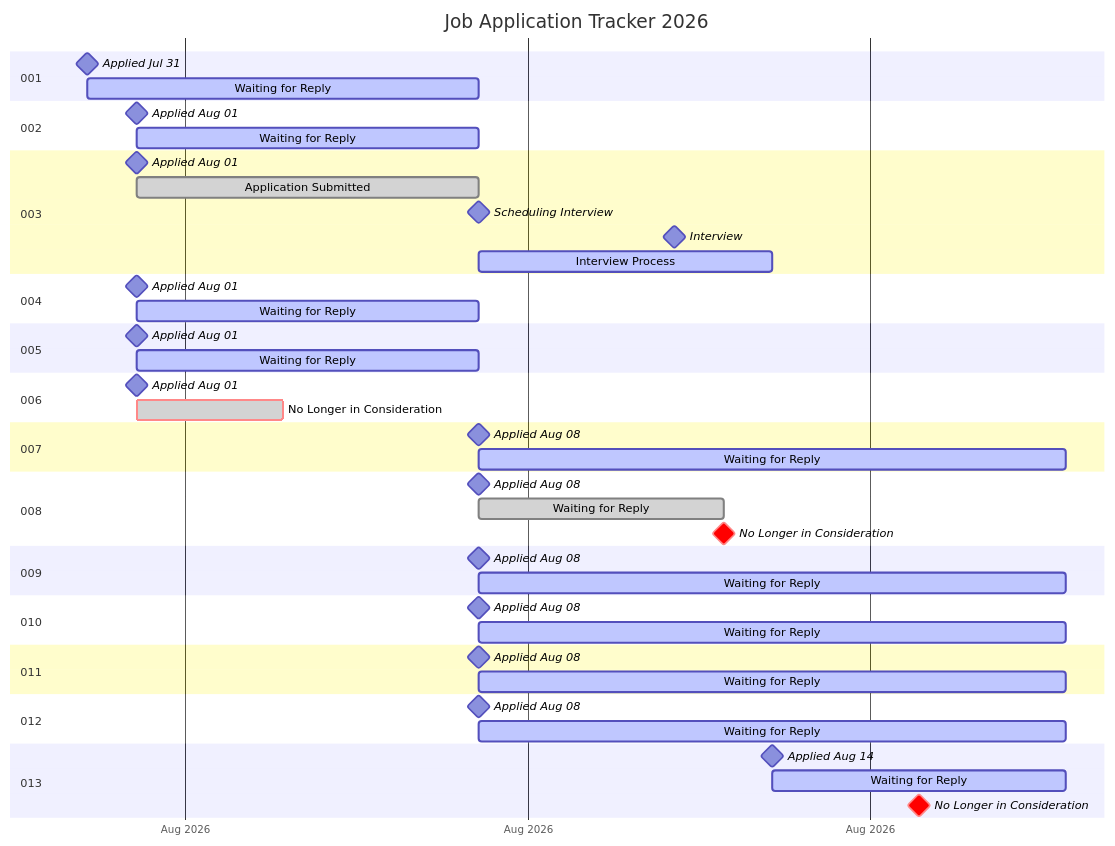
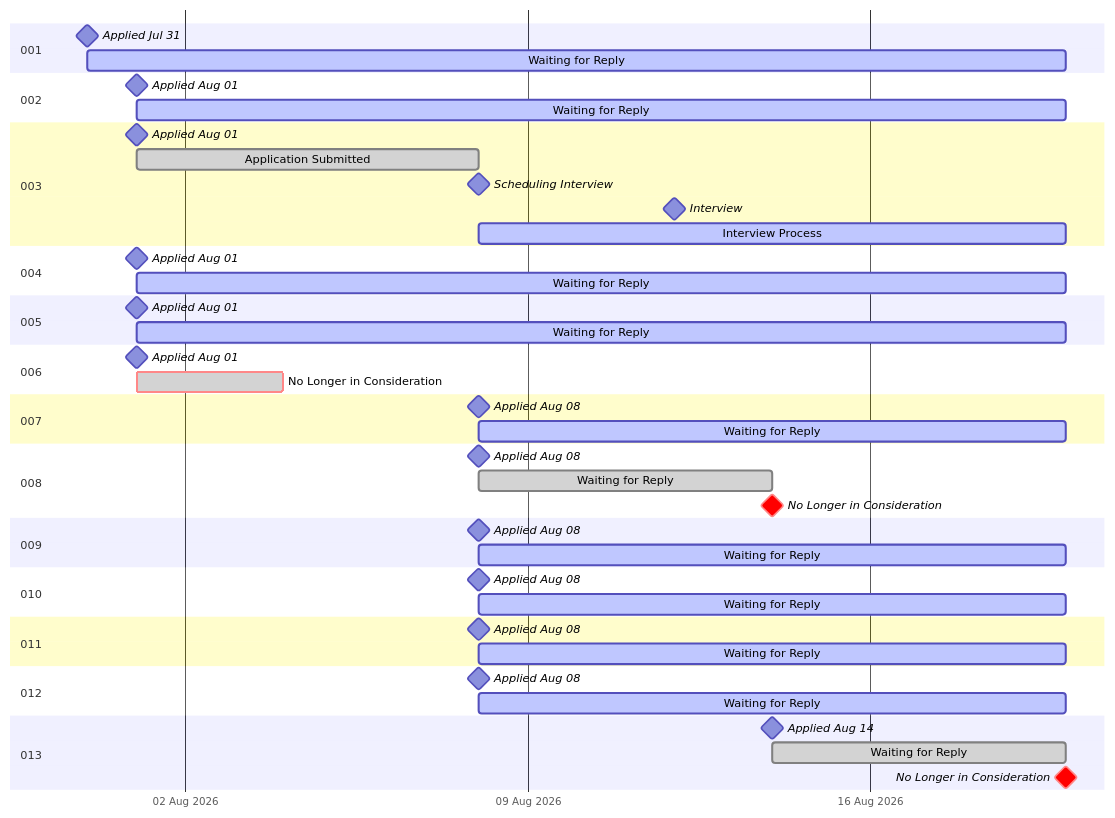
One commit to RileyBeenders/rileybeenders.com changed the diagram in README.md. Above: the diagram before and after it, drawn with Mermaid. The commit also changed other lines of this file and 18 other files, not shown here.

````diff
--- a/README.md
+++ b/README.md
@@ -13,64 +13,63 @@
 ```mermaid
   gantt
-    title Job Application Tracker 2026
     dateFormat YYYY-MM-DD
     tickInterval 1week
-    axisFormat %b %Y
+    axisFormat %d %b %Y
 
     section 001
     Applied Jul 31                  :milestone, 2026-07-31, 0d
-    Waiting for Reply               :active, 2026-07-31, 8d
+    Waiting for Reply               :active, 2026-07-31, 20d
 
     section 002
     Applied Aug 01                  :milestone, 2026-08-01, 0d
-    Waiting for Reply               :active, 2026-08-01, 7d
+    Waiting for Reply               :active, 2026-08-01, 19d
 
     section 003
     Applied Aug 01                  :milestone, 2026-08-01, 0d
     Application Submitted           :done, 2026-08-01, 7d
     Scheduling Interview            :milestone, 2026-08-08, 0d
     Interview                       :milestone, 2026-08-12, 0d
-    Interview Process               :active, 2026-08-08, 6d
+    Interview Process               :active, 2026-08-08, 12d
 
     section 004
     Applied Aug 01                  :milestone, 2026-08-01, 0d
-    Waiting for Reply               :active, 2026-08-01, 7d
+    Waiting for Reply               :active, 2026-08-01, 19d
 
     section 005
     Applied Aug 01                  :milestone, 2026-08-01, 0d
-    Waiting for Reply               :active, 2026-08-01, 7d
+    Waiting for Reply               :active, 2026-08-01, 19d
 
     section 006
     Applied Aug 01                  :milestone, 2026-08-01, 0d
     No Longer in Consideration      :crit, done, 2026-08-01, 3d
 
     section 007
     Applied Aug 08                  :milestone, 2026-08-08, 0d
     Waiting for Reply               :active, 2026-08-08, 12d
 
     section 008
     Applied Aug 08                  :milestone, 2026-08-08, 0d
-    Waiting for Reply               :done, 2026-08-08, 5d
-    No Longer in Consideration      :crit, milestone, 2026-08-13, 0d
+    Waiting for Reply               :done, 2026-08-08, 6d
+    No Longer in Consideration      :crit, milestone, 2026-08-14, 0d
 
     section 009
     Applied Aug 08                  :milestone, 2026-08-08, 0d
     Waiting for Reply               :active, 2026-08-08, 12d
 
     section 010
     Applied Aug 08                  :milestone, 2026-08-08, 0d
     Waiting for Reply               :active, 2026-08-08, 12d
 
     section 011
     Applied Aug 08                  :milestone, 2026-08-08, 0d
     Waiting for Reply               :active, 2026-08-08, 12d
 
     section 012
     Applied Aug 08                  :milestone, 2026-08-08, 0d
     Waiting for Reply               :active, 2026-08-08, 12d
 
     section 013
     Applied Aug 14                  :milestone, 2026-08-14, 0d
-    Waiting for Reply               :active, 2026-08-14, 6d
-    No Longer in Consideration      :crit, milestone, 2026-08-14, 6d
+    Waiting for Reply               :done, 2026-08-14, 6d
+    No Longer in Consideration      :crit, milestone, 2026-08-20, 0d
 ```
````
